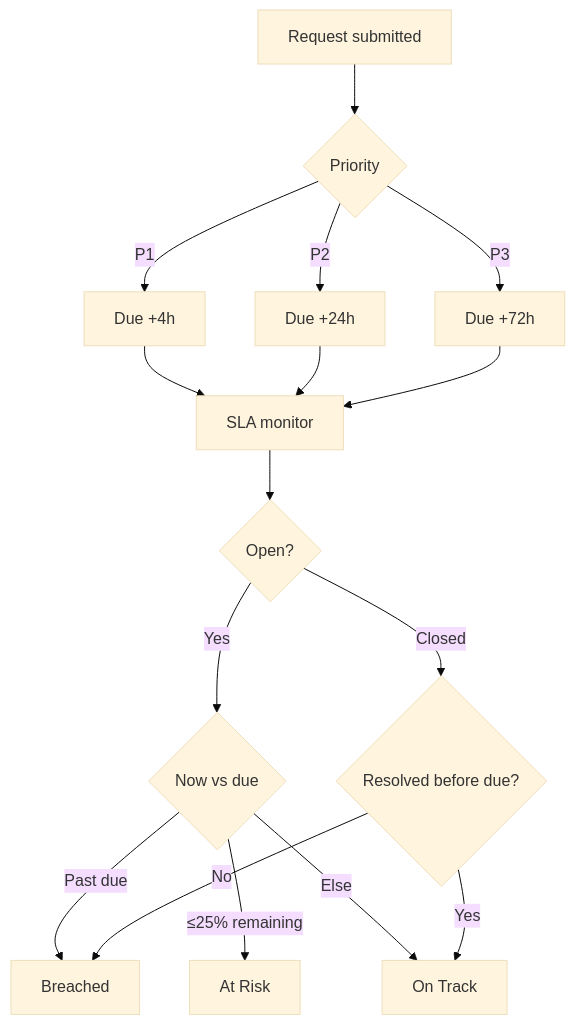
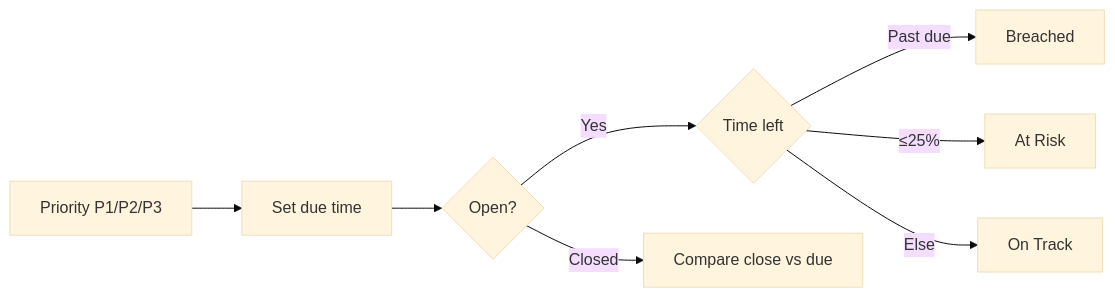
The diagram in docs/03-requirements.md (jah-guide/flowgate), drawn with Mermaid (base theme) before and after one commit. The commit also changed other lines of this file and 1 other file, not shown here.

````diff
--- a/docs/03-requirements.md
+++ b/docs/03-requirements.md
@@ -37,18 +37,10 @@
 ```mermaid
-flowchart TD
-  A[Request submitted] --> B{Priority}
-  B -->|P1| C[Due +4h]
-  B -->|P2| D[Due +24h]
-  B -->|P3| E[Due +72h]
-  C --> F[SLA monitor]
-  D --> F
-  E --> F
-  F --> G{Open?}
-  G -->|Yes| H{Now vs due}
-  H -->|Past due| I[Breached]
-  H -->|≤25% remaining| J[At Risk]
-  H -->|Else| K[On Track]
-  G -->|Closed| L{Resolved before due?}
-  L -->|Yes| K
-  L -->|No| I
+flowchart LR
+  P[Priority P1/P2/P3] --> D[Set due time]
+  D --> M{Open?}
+  M -->|Yes| C{Time left}
+  C -->|Past due| B[Breached]
+  C -->|≤25%| R[At Risk]
+  C -->|Else| O[On Track]
+  M -->|Closed| L[Compare close vs due]
 ```
````
